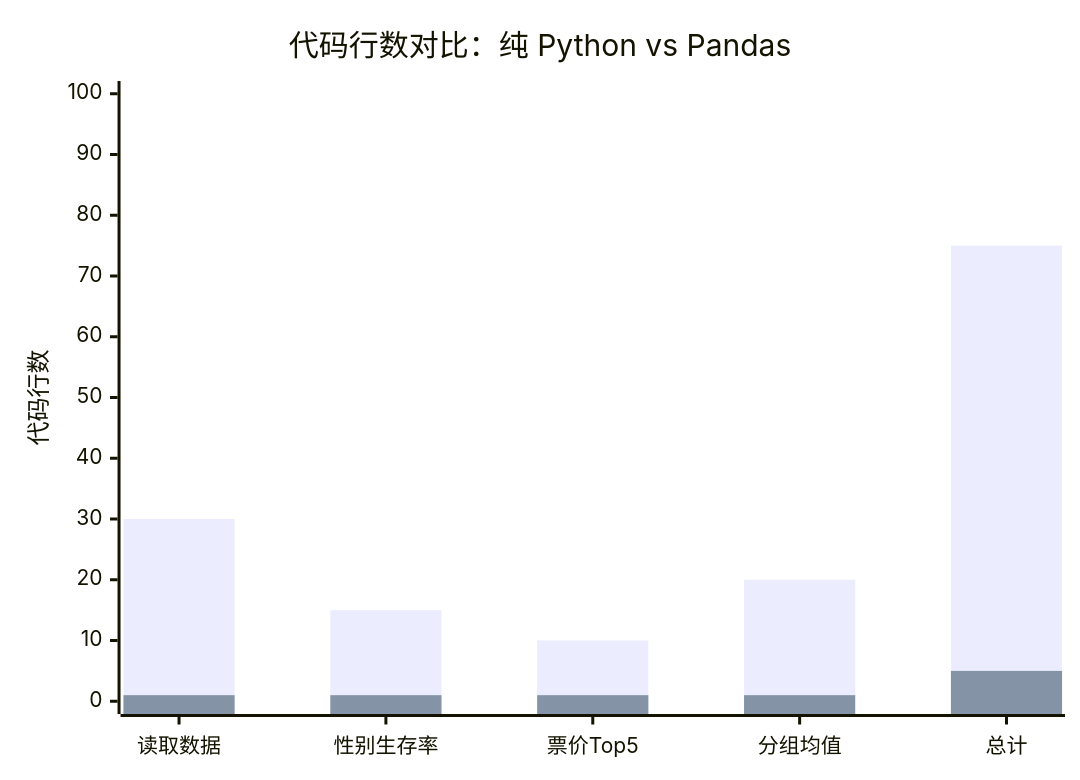
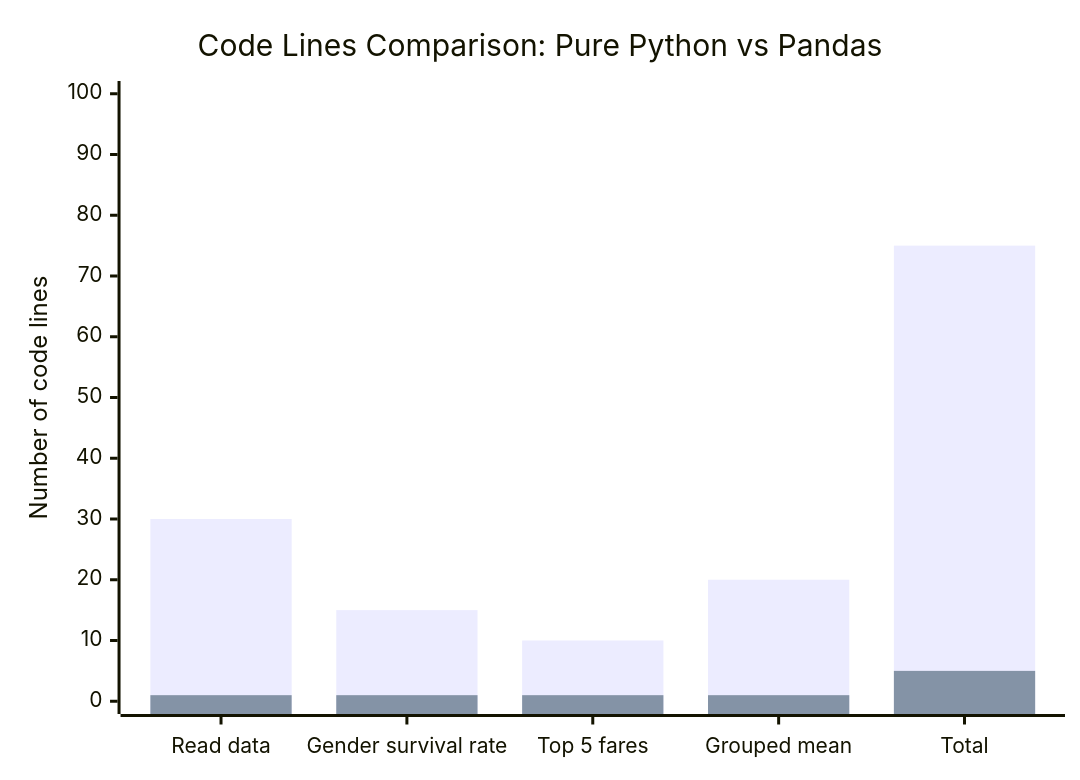
One commit to oudbiao/AI-fullstack-course changed the second of 3 diagrams in docs/ch03-data-analysis/ch01-warmup/01-pure-python-data.md. Above: the diagram before and after it, drawn with Mermaid. The commit also changed other lines of this file and 1406 other files, not shown here.

````diff
--- a/docs/ch03-data-analysis/ch01-warmup/01-pure-python-data.md
+++ b/docs/ch03-data-analysis/ch01-warmup/01-pure-python-data.md
@@ -455,8 +455,8 @@
 ```mermaid
 xychart-beta
-    title "代码行数对比：纯 Python vs Pandas"
-    x-axis ["读取数据", "性别生存率", "票价Top5", "分组均值", "总计"]
-    y-axis "代码行数" 0 --> 100
+    title "Code Lines Comparison: Pure Python vs Pandas"
+    x-axis ["Read data", "Gender survival rate", "Top 5 fares", "Grouped mean", "Total"]
+    y-axis "Number of code lines" 0 --> 100
     bar [30, 15, 10, 20, 75]
     bar [1, 1, 1, 1, 5]
 ```
````
